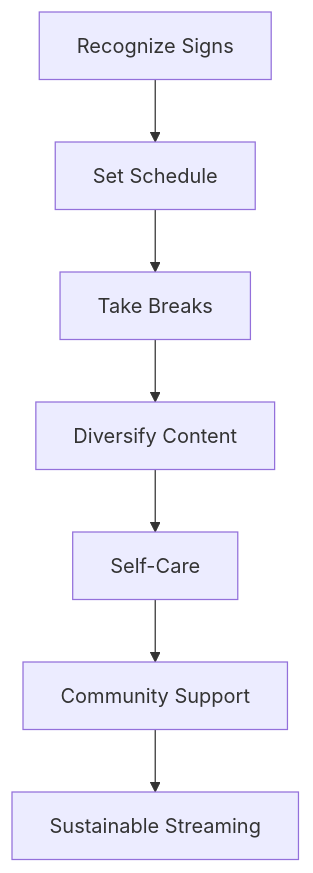
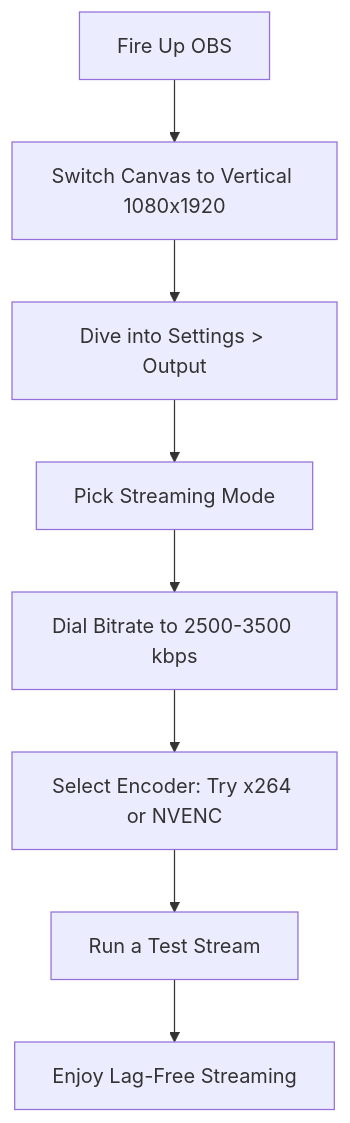
Before and after one commit to littl3-boat/ttwise: the diagram in temp.mmd, drawn with Mermaid. The commit also changed 5 other files, not shown here.

```diff
--- a/temp.mmd
+++ b/temp.mmd
@@ -1,7 +1,8 @@
 graph TD
-    A[Recognize Signs] --> B[Set Schedule]
-    B --> C[Take Breaks]
-    C --> D[Diversify Content]
-    D --> E[Self-Care]
-    E --> F[Community Support]
-    F --> G[Sustainable Streaming]
+    A[Fire Up OBS] --> B[Switch Canvas to Vertical 1080x1920]
+    B --> C[Dive into Settings > Output]
+    C --> D[Pick Streaming Mode]
+    D --> E[Dial Bitrate to 2500-3500 kbps]
+    E --> F[Select Encoder: Try x264 or NVENC]
+    F --> G[Run a Test Stream]
+    G --> H[Enjoy Lag-Free Streaming]
```
